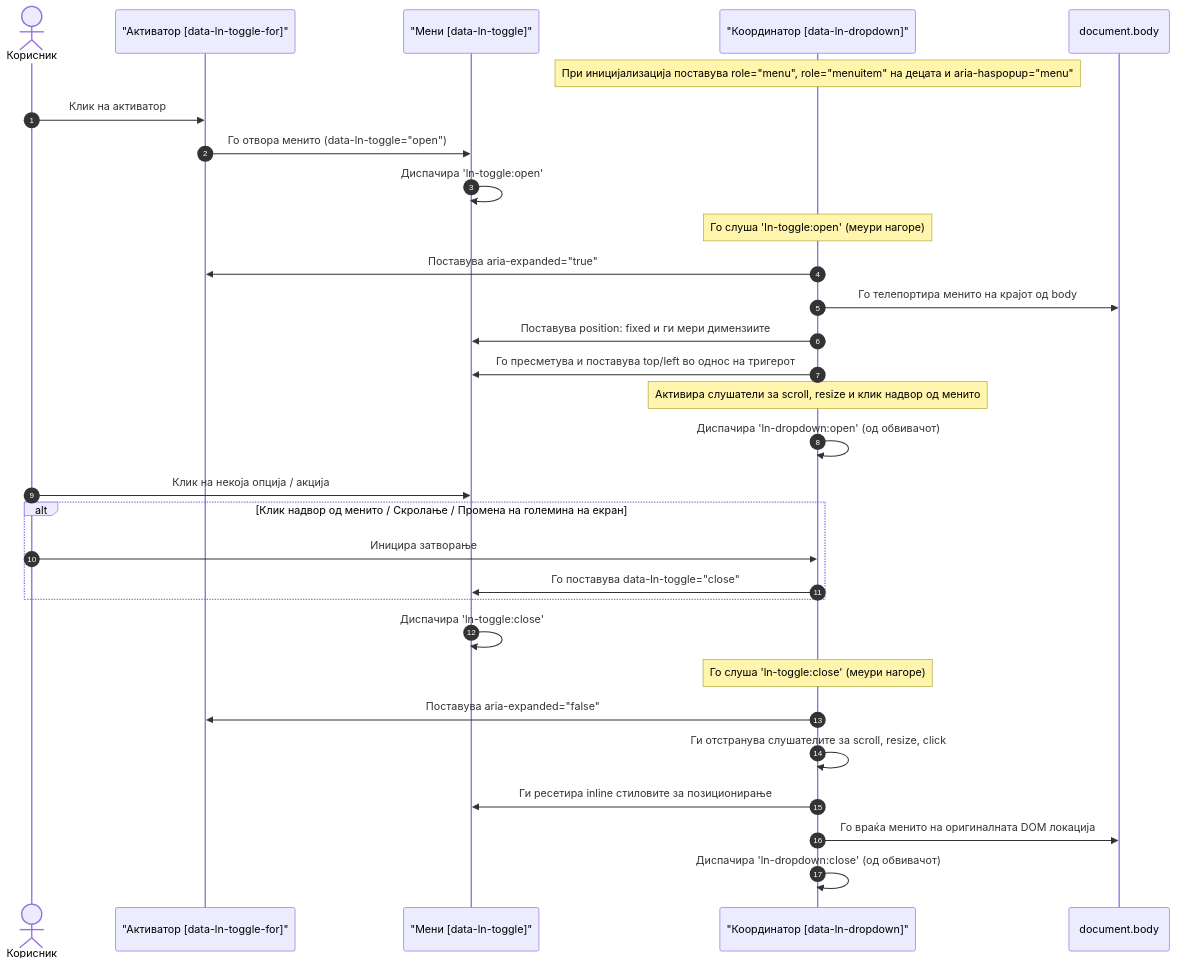
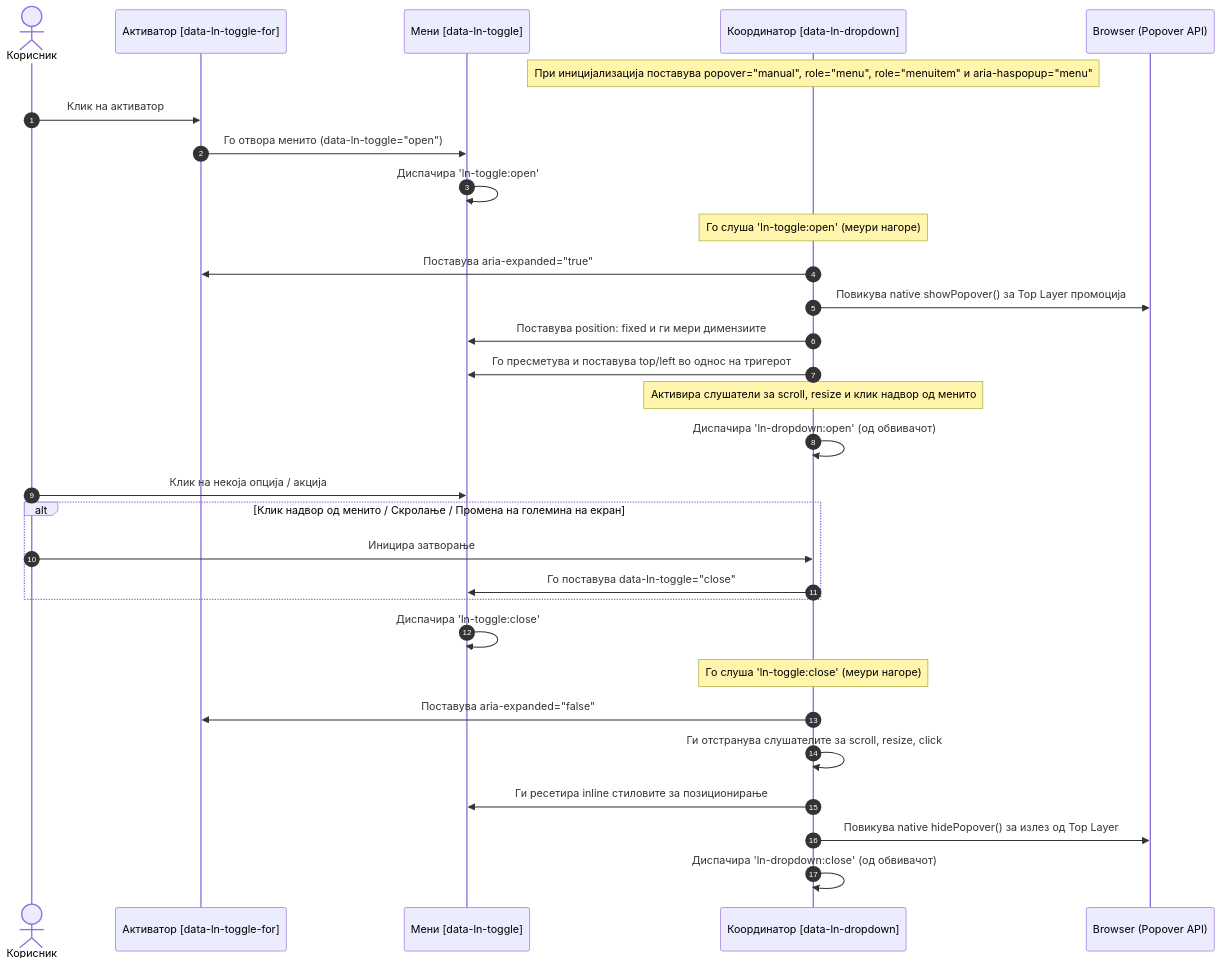
The diagram in architecture_docs_draft/components/ln-dropdown.md (livenetworks/ln-ashlar), drawn with Mermaid before and after one commit. The commit also changed other lines of this file and 19 other files, not shown here.

````diff
--- a/architecture_docs_draft/components/ln-dropdown.md
+++ b/architecture_docs_draft/components/ln-dropdown.md
@@ -361,39 +352,39 @@
 ```mermaid
 sequenceDiagram
     autonumber
     actor Корисник
-    participant Trigger as "Активатор [data-ln-toggle-for]"
-    participant Toggle as "Мени [data-ln-toggle]"
-    participant Coordinator as "Координатор [data-ln-dropdown]"
-    participant Body as document.body
+    participant Trigger as Активатор [data-ln-toggle-for]
+    participant Toggle as Мени [data-ln-toggle]
+    participant Coordinator as Координатор [data-ln-dropdown]
+    participant Browser as Browser (Popover API)
     
-    Note over Coordinator: При иницијализација поставува role="menu", role="menuitem" на децата и aria-haspopup="menu"
+    Note over Coordinator: При иницијализација поставува popover="manual", role="menu", role="menuitem" и aria-haspopup="menu"
     
     Корисник->>Trigger: Клик на активатор
     Trigger->>Toggle: Го отвора менито (data-ln-toggle="open")
     Toggle->>Toggle: Диспачира 'ln-toggle:open'
     
     Note over Coordinator: Го слуша 'ln-toggle:open' (меури нагоре)
     Coordinator->>Trigger: Поставува aria-expanded="true"
-    Coordinator->>Body: Го телепортира менито на крајот од body
+    Coordinator->>Browser: Повикува native showPopover() за Top Layer промоција
     Coordinator->>Toggle: Поставува position: fixed и ги мери димензиите
     Coordinator->>Toggle: Го пресметува и поставува top/left во однос на тригерот
     Note over Coordinator: Активира слушатели за scroll, resize и клик надвор од менито
     Coordinator->>Coordinator: Диспачира 'ln-dropdown:open' (од обвивачот)
 
     Корисник->>Toggle: Клик на некоја опција / акција
     
     alt Клик надвор од менито / Скролање / Промена на големина на екран
         Корисник->>Coordinator: Иницира затворање
         Coordinator->>Toggle: Го поставува data-ln-toggle="close"
     end
     
     Toggle->>Toggle: Диспачира 'ln-toggle:close'
     
     Note over Coordinator: Го слуша 'ln-toggle:close' (меури нагоре)
     Coordinator->>Trigger: Поставува aria-expanded="false"
     Coordinator->>Coordinator: Ги отстранува слушателите за scroll, resize, click
     Coordinator->>Toggle: Ги ресетира inline стиловите за позиционирање
-    Coordinator->>Body: Го враќа менито на оригиналната DOM локација
+    Coordinator->>Browser: Повикува native hidePopover() за излез од Top Layer
     Coordinator->>Coordinator: Диспачира 'ln-dropdown:close' (од обвивачот)
 ```
````
